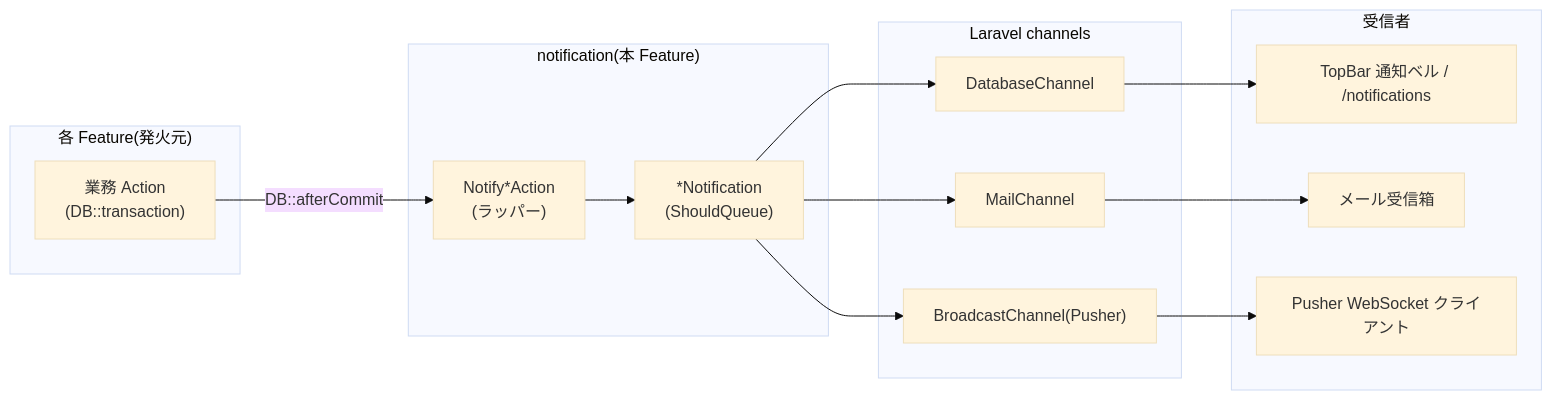
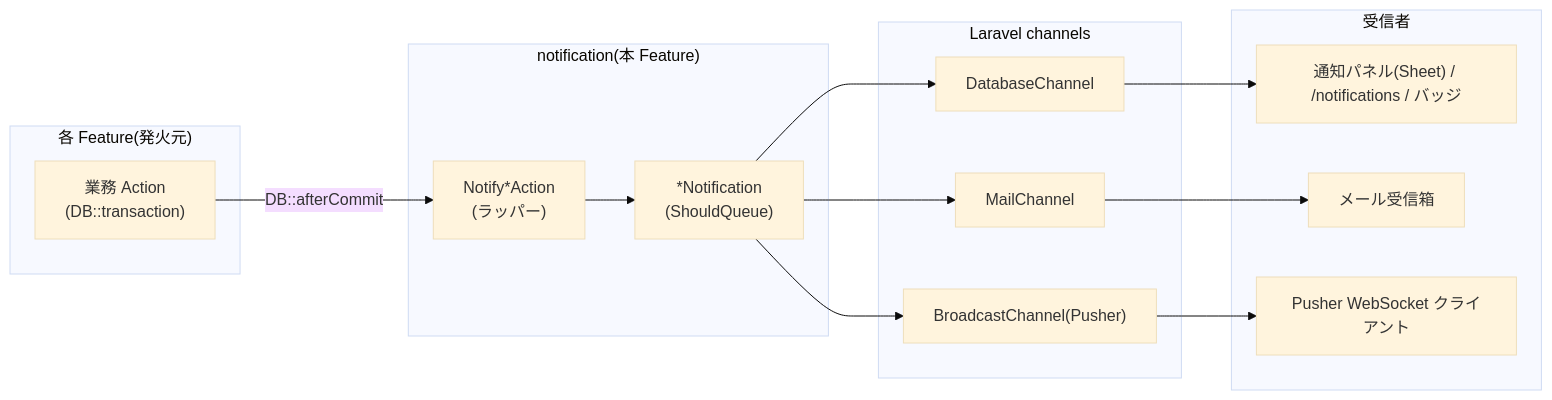
Before and after one commit to coachtech-mockcase-second/ExampleAnswer-mockcase-CertifyLMS: the first of 5 diagrams in docs/specs/notification/design.md, drawn with Mermaid (base theme). The commit also changed other lines of this file and 83 other files, not shown here.

````diff
--- a/docs/specs/notification/design.md
+++ b/docs/specs/notification/design.md
@@ -49,26 +54,26 @@
 ```mermaid
 flowchart LR
     subgraph FeatureA["各 Feature(発火元)"]
         ActionA["業務 Action<br/>(DB::transaction)"]
     end
     subgraph Notification["notification(本 Feature)"]
         NotifyAction["Notify*Action<br/>(ラッパー)"]
         NotificationClass["*Notification<br/>(ShouldQueue)"]
     end
     subgraph Channels["Laravel channels"]
         DBChan["DatabaseChannel"]
         MailChan["MailChannel"]
         BroadcastChan["BroadcastChannel(Pusher)"]
     end
     subgraph Receivers["受信者"]
-        UI["TopBar 通知ベル / /notifications"]
+        UI["通知パネル(Sheet) / /notifications / バッジ"]
         InboxMail["メール受信箱"]
         PusherClient["Pusher WebSocket クライアント"]
     end
 
     ActionA -- DB::afterCommit --> NotifyAction
     NotifyAction --> NotificationClass
     NotificationClass --> DBChan --> UI
     NotificationClass --> MailChan --> InboxMail
     NotificationClass --> BroadcastChan --> PusherClient
 ```
````
